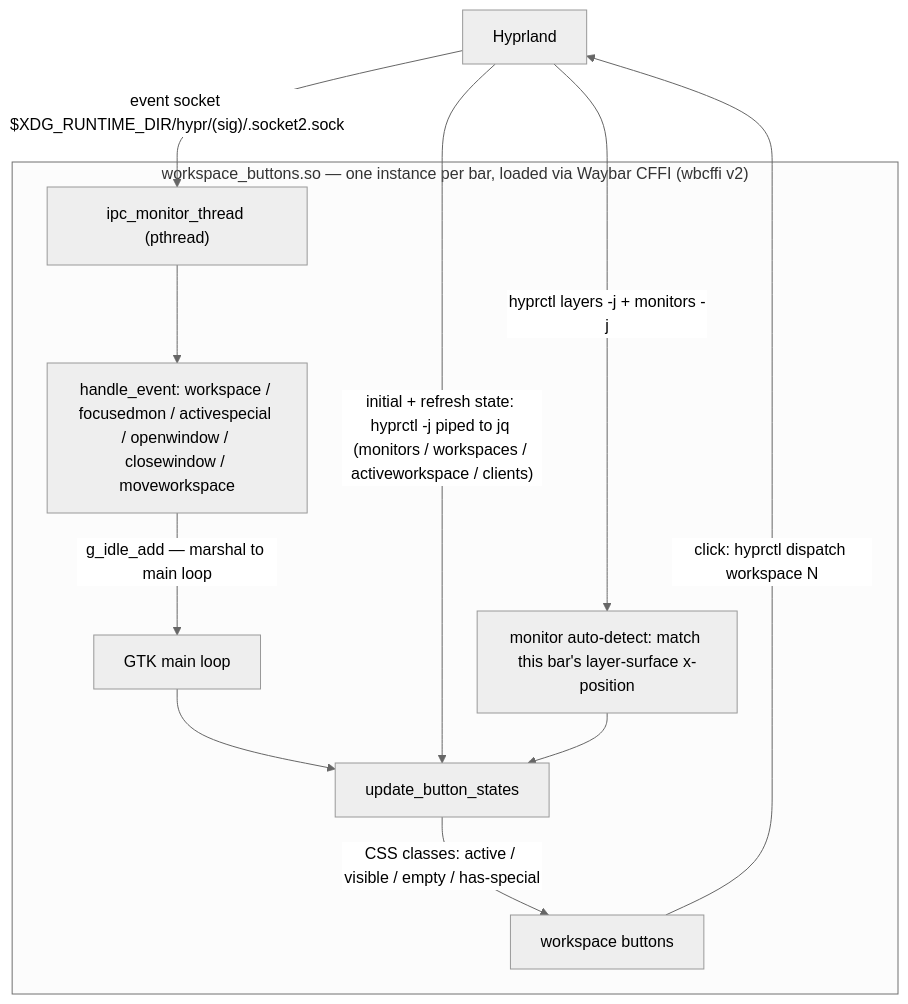
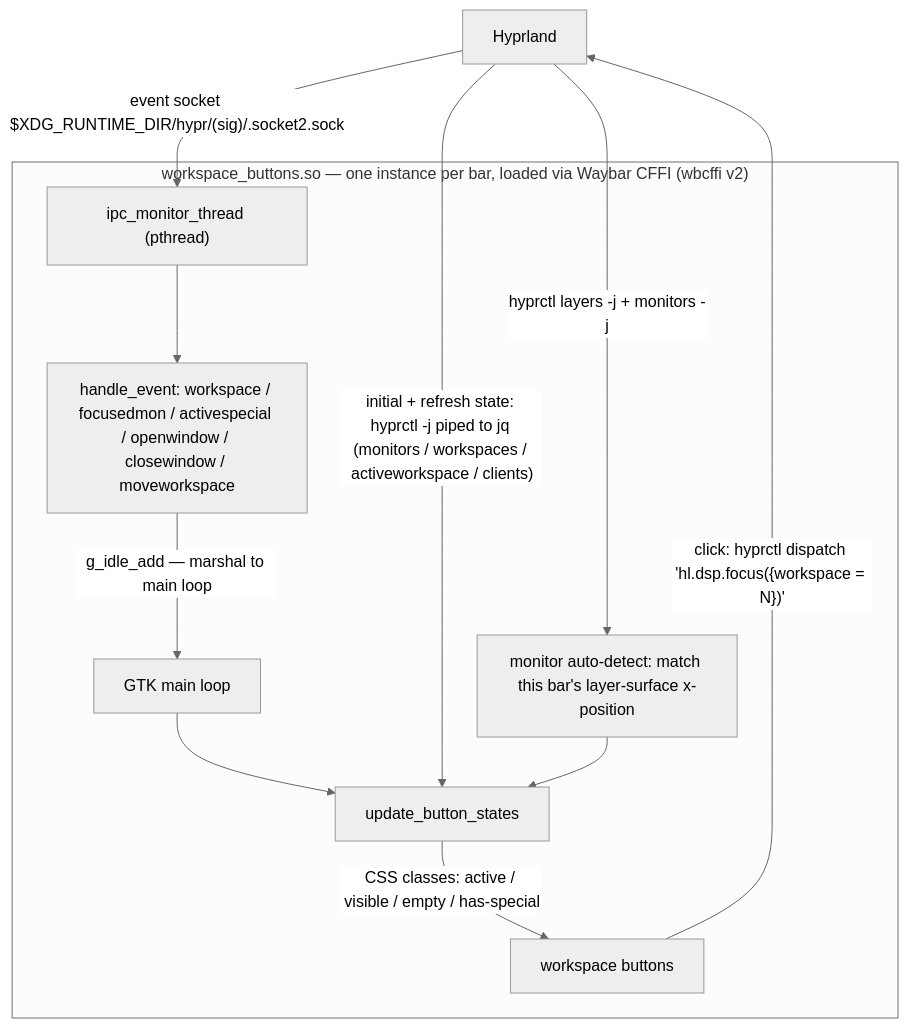
The diagram in README.md (MasonRhodesDev/waybar-workspace-buttons), drawn with Mermaid (neutral theme) before and after one commit. The commit also changed other lines of this file, not shown here.

````diff
--- a/README.md
+++ b/README.md
@@ -26,23 +28,23 @@
 ```mermaid
 flowchart TD
     HYPR["Hyprland"]
 
     subgraph MOD ["workspace_buttons.so — one instance per bar, loaded via Waybar CFFI (wbcffi v2)"]
         IPC["ipc_monitor_thread (pthread)"]
         EVT["handle_event: workspace / focusedmon / activespecial / openwindow / closewindow / moveworkspace"]
         LOOP["GTK main loop"]
         UPD["update_button_states"]
         DETECT["monitor auto-detect: match this bar's layer-surface x-position"]
         BTN["workspace buttons"]
     end
 
     HYPR -->|"event socket $XDG_RUNTIME_DIR/hypr/(sig)/.socket2.sock"| IPC
     IPC --> EVT
     EVT -->|"g_idle_add — marshal to main loop"| LOOP
     LOOP --> UPD
     HYPR -->|"initial + refresh state: hyprctl -j piped to jq (monitors / workspaces / activeworkspace / clients)"| UPD
     HYPR -->|"hyprctl layers -j + monitors -j"| DETECT
     DETECT --> UPD
     UPD -->|"CSS classes: active / visible / empty / has-special"| BTN
-    BTN -->|"click: hyprctl dispatch workspace N"| HYPR
+    BTN -->|"click: hyprctl dispatch 'hl.dsp.focus({workspace = N})'"| HYPR
 ```
````
